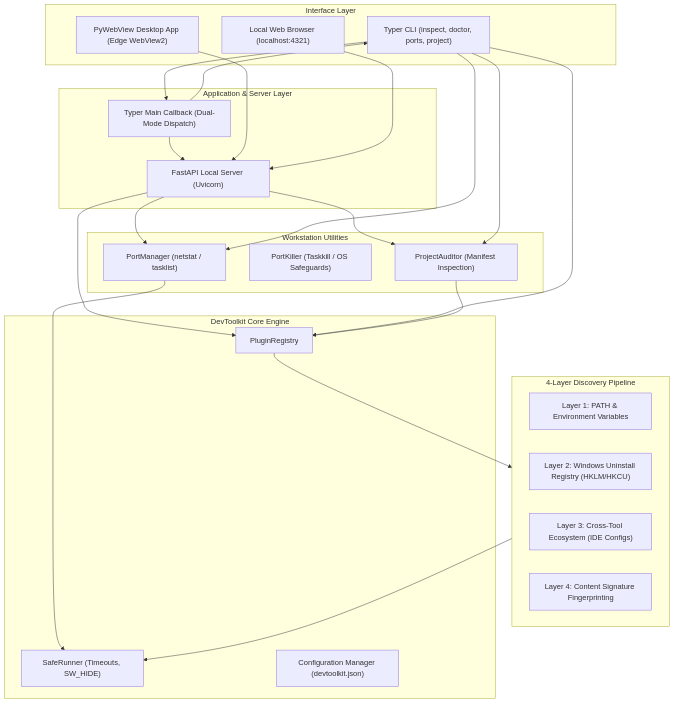
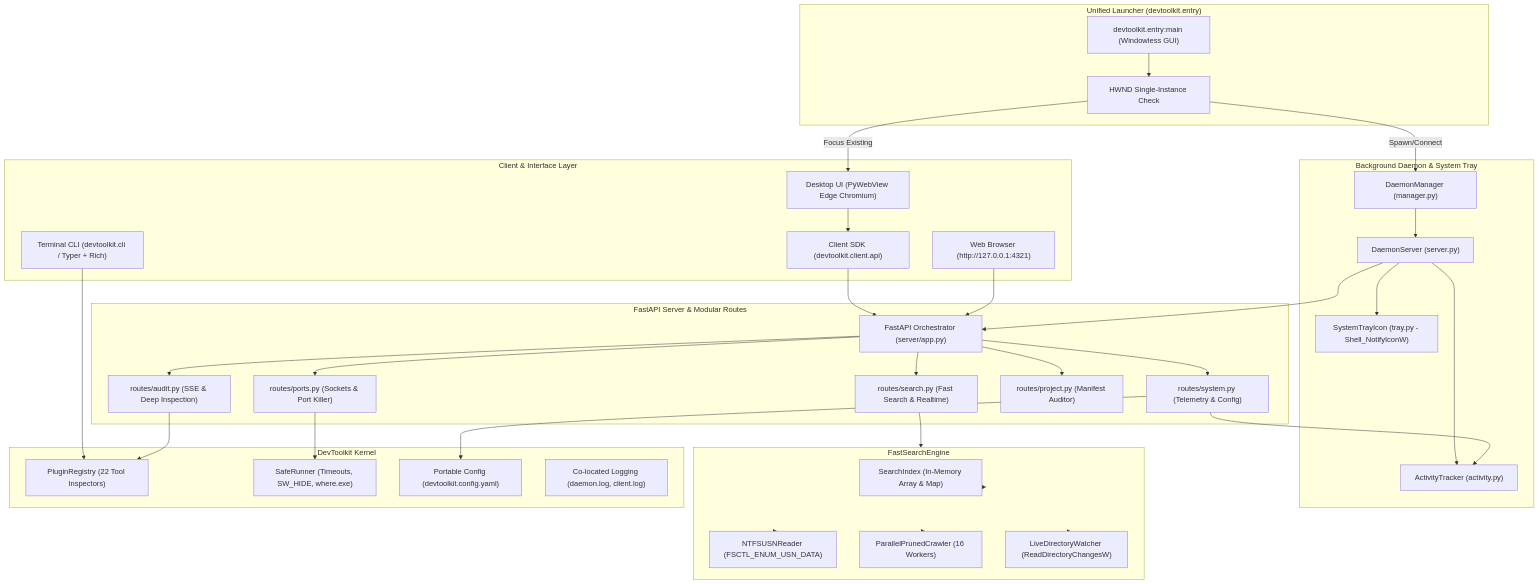
One commit to Bhardvaj/DevToolkit changed the first of 2 diagrams in agent/documentation.md. Above: the diagram before and after it, drawn with Mermaid. The commit also changed other lines of this file and 45 other files, not shown here.

Commit message:
feat: decouple background daemon, windowless GUI, portable logging, fast search recovery, and debloat

````diff
--- a/agent/documentation.md
+++ b/agent/documentation.md
@@ -31,51 +29,74 @@
 ```mermaid
 flowchart TD
-    subgraph UI_Layer ["Interface Layer"]
-        CLI["Typer CLI (inspect, doctor, ports, project)"]
-        GUI["PyWebView Desktop App (Edge WebView2)"]
-        Browser["Local Web Browser (localhost:4321)"]
+    subgraph Client_Layer ["Client & Interface Layer"]
+        CLI["Terminal CLI (devtoolkit.cli / Typer + Rich)"]
+        GUI["Desktop UI (PyWebView Edge Chromium)"]
+        Browser["Web Browser (http://127.0.0.1:4321)"]
+        ClientSDK["Client SDK (devtoolkit.client.api)"]
     end
 
-    subgraph API_Layer ["Application & Server Layer"]
-        FastAPI["FastAPI Local Server (Uvicorn)"]
-        AppCallback["Typer Main Callback (Dual-Mode Dispatch)"]
+    subgraph Entry_Layer ["Unified Launcher (devtoolkit.entry)"]
+        MainEntry["devtoolkit.entry:main (Windowless GUI)"]
+        SingleInstance["HWND Single-Instance Check"]
     end
 
-    subgraph Core_Engine ["DevToolkit Core Engine"]
-        Registry["PluginRegistry"]
-        Runner["SafeRunner (Timeouts, SW_HIDE)"]
-        Config["Configuration Manager (devtoolkit.json)"]
+    subgraph Daemon_Layer ["Background Daemon & System Tray"]
+        DaemonService["DaemonServer (server.py)"]
+        DaemonManager["DaemonManager (manager.py)"]
+        ActivityTracker["ActivityTracker (activity.py)"]
+        Tray["SystemTrayIcon (tray.py - Shell_NotifyIconW)"]
     end
 
-    subgraph Discovery_Pipeline ["4-Layer Discovery Pipeline"]
-        L1["Layer 1: PATH & Environment Variables"]
-        L2["Layer 2: Windows Uninstall Registry (HKLM/HKCU)"]
-        L3["Layer 3: Cross-Tool Ecosystem (IDE Configs)"]
-        L4["Layer 4: Content Signature Fingerprinting"]
+    subgraph Server_Layer ["FastAPI Server & Modular Routes"]
+        FastAPI["FastAPI Orchestrator (server/app.py)"]
+        AuditRoute["routes/audit.py (SSE & Deep Inspection)"]
+        SearchRoute["routes/search.py (Fast Search & Realtime)"]
+        PortsRoute["routes/ports.py (Sockets & Port Killer)"]
+        ProjectRoute["routes/project.py (Manifest Auditor)"]
+        SystemRoute["routes/system.py (Telemetry & Config)"]
     end
 
-    subgraph Utility_Modules ["Workstation Utilities"]
-        PortManager["PortManager (netstat / tasklist)"]
-        PortKiller["PortKiller (Taskkill / OS Safeguards)"]
-        ProjectAuditor["ProjectAuditor (Manifest Inspection)"]
+    subgraph Search_Engine ["FastSearchEngine"]
+        SearchIndex["SearchIndex (In-Memory Array & Map)"]
+        USNReader["NTFSUSNReader (FSCTL_ENUM_USN_DATA)"]
+        Crawler["ParallelPrunedCrawler (16 Workers)"]
+        Watcher["LiveDirectoryWatcher (ReadDirectoryChangesW)"]
     end
 
-    CLI --> AppCallback
-    AppCallback --> CLI
-    AppCallback --> FastAPI
-    GUI --> FastAPI
+    subgraph Core_Engine ["DevToolkit Kernel"]
+        Registry["PluginRegistry (22 Tool Inspectors)"]
+        SafeRunner["SafeRunner (Timeouts, SW_HIDE, where.exe)"]
+        Config["Portable Config (devtoolkit.config.yaml)"]
+        Logging["Co-located Logging (daemon.log, client.log)"]
+    end
+
+    MainEntry --> SingleInstance
+    SingleInstance -->|Focus Existing| GUI
+    SingleInstance -->|Spawn/Connect| DaemonManager
+    DaemonManager --> DaemonService
+    DaemonService --> FastAPI
+    DaemonService --> Tray
+    DaemonService --> ActivityTracker
+
+    GUI --> ClientSDK
+    ClientSDK --> FastAPI
     Browser --> FastAPI
+    CLI --> Registry
 
-    FastAPI --> Registry
-    FastAPI --> PortManager
-    FastAPI --> ProjectAuditor
+    FastAPI --> AuditRoute
+    FastAPI --> SearchRoute
+    FastAPI --> PortsRoute
+    FastAPI --> ProjectRoute
+    FastAPI --> SystemRoute
 
-    CLI --> Registry
-    CLI --> PortManager
-    CLI --> ProjectAuditor
+    AuditRoute --> Registry
+    SearchRoute --> Search_Engine
+    PortsRoute --> SafeRunner
+    SystemRoute --> Config
+    SystemRoute --> ActivityTracker
 
-    Registry --> Discovery_Pipeline
-    Discovery_Pipeline --> Runner
-    PortManager --> Runner
-    ProjectAuditor --> Registry
+    Search_Engine --> USNReader
+    Search_Engine --> Crawler
+    Search_Engine --> Watcher
+    Search_Engine --> SearchIndex
 ```
````
